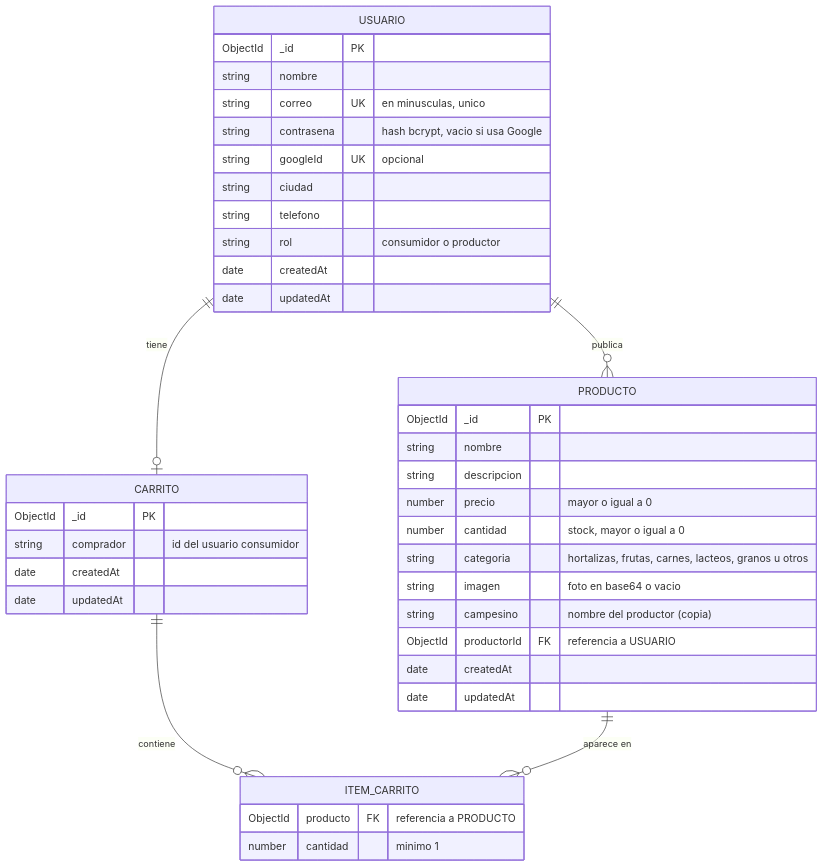
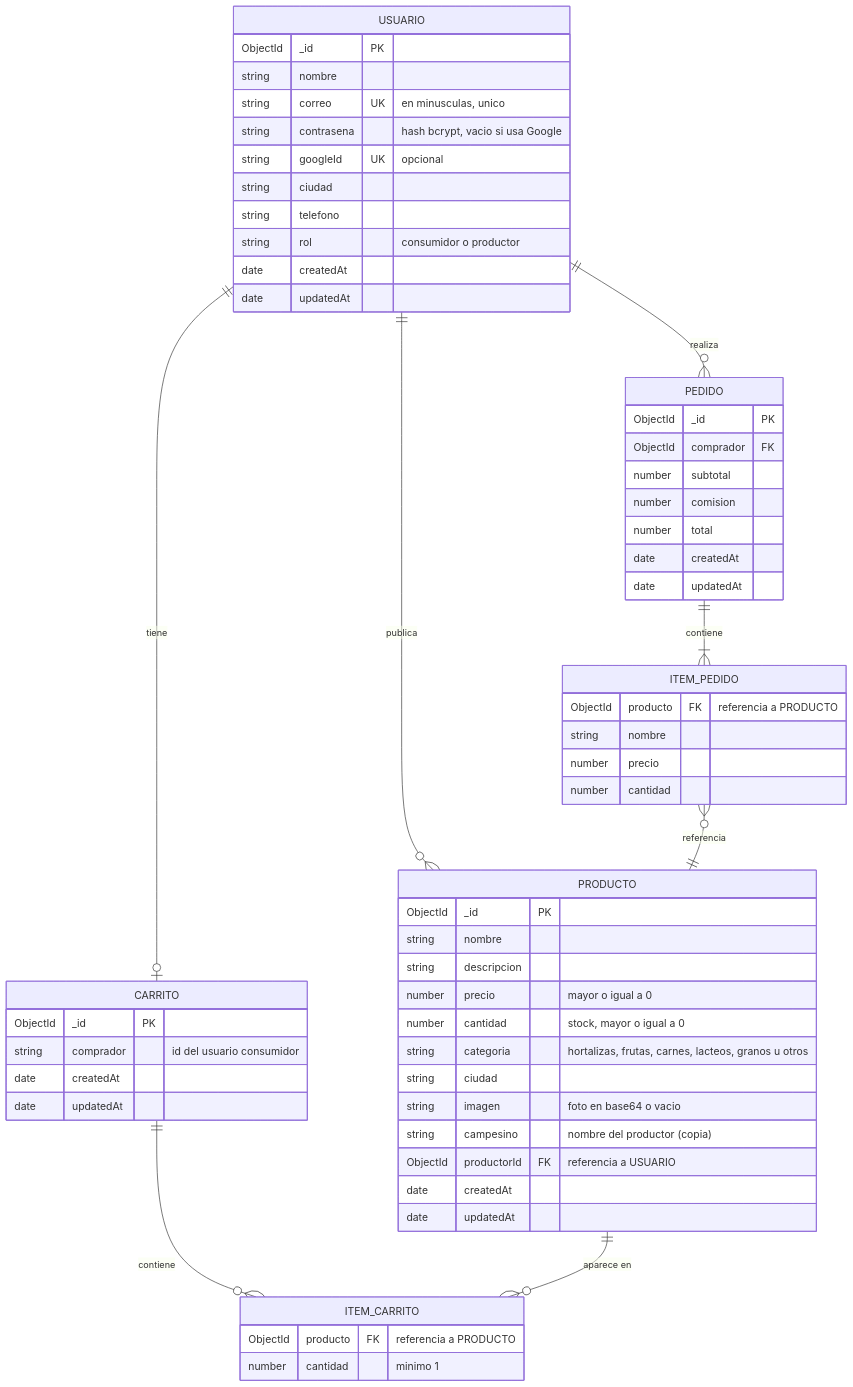
The third of 3 diagrams in docs/modelo-general.md (Hadna-gga/POW), drawn with Mermaid before and after one commit. The commit also changed other lines of this file and 7 other files, not shown here.

````diff
--- a/docs/modelo-general.md
+++ b/docs/modelo-general.md
@@ -60,46 +60,67 @@
 ```mermaid
 erDiagram
     USUARIO ||--o{ PRODUCTO : "publica"
     USUARIO ||--o| CARRITO : "tiene"
     CARRITO ||--o{ ITEM_CARRITO : "contiene"
     PRODUCTO ||--o{ ITEM_CARRITO : "aparece en"
+    USUARIO ||--o{ PEDIDO : "realiza"
+    PEDIDO ||--|{ ITEM_PEDIDO : "contiene"
+    ITEM_PEDIDO }o--|| PRODUCTO : "referencia"
 
     USUARIO {
         ObjectId _id PK
         string nombre
         string correo UK "en minusculas, unico"
         string contrasena "hash bcrypt, vacio si usa Google"
         string googleId UK "opcional"
         string ciudad
         string telefono
         string rol "consumidor o productor"
         date createdAt
         date updatedAt
     }
 
     PRODUCTO {
         ObjectId _id PK
         string nombre
         string descripcion
         number precio "mayor o igual a 0"
         number cantidad "stock, mayor o igual a 0"
         string categoria "hortalizas, frutas, carnes, lacteos, granos u otros"
+        string ciudad
         string imagen "foto en base64 o vacio"
         string campesino "nombre del productor (copia)"
         ObjectId productorId FK "referencia a USUARIO"
         date createdAt
         date updatedAt
     }
 
     CARRITO {
         ObjectId _id PK
         string comprador "id del usuario consumidor"
         date createdAt
         date updatedAt
     }
 
     ITEM_CARRITO {
         ObjectId producto FK "referencia a PRODUCTO"
         number cantidad "minimo 1"
     }
+
+    PEDIDO {
+        ObjectId _id PK
+        ObjectId comprador FK
+        number subtotal
+        number comision
+        number total
+        date createdAt
+        date updatedAt
+    }
+
+    ITEM_PEDIDO {
+        ObjectId producto FK "referencia a PRODUCTO"
+        string nombre
+        number precio
+        number cantidad
+    }
 ```
````
